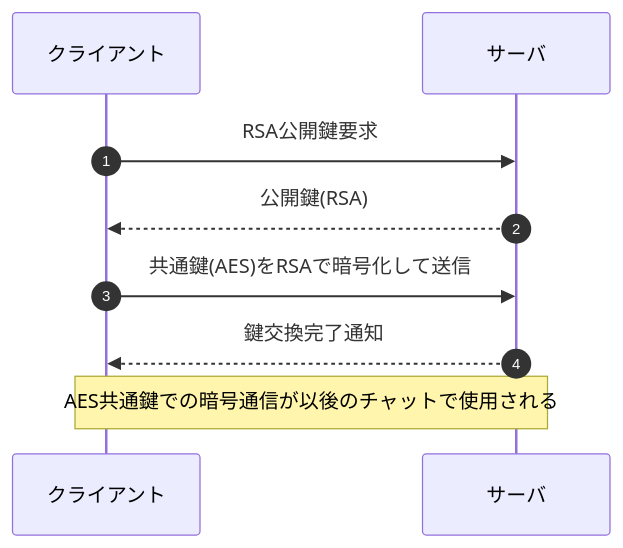
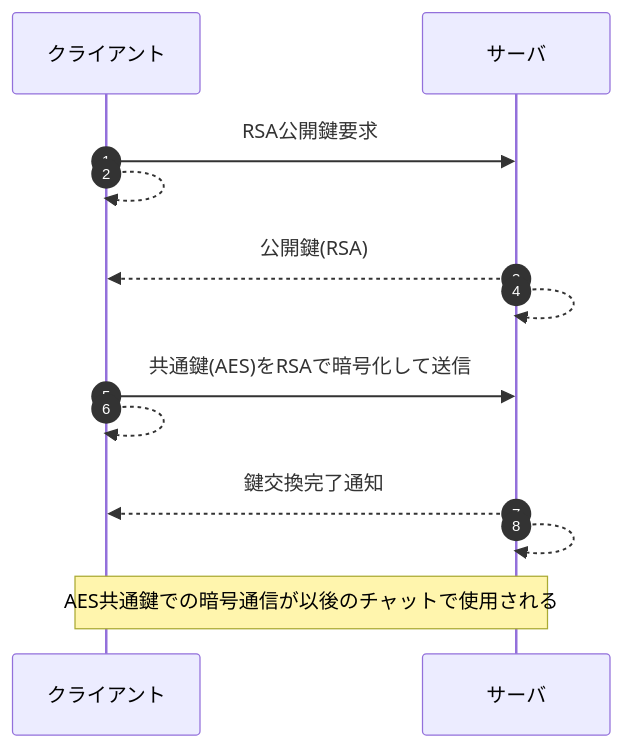
One commit to BackendExplorer/Online-Chat-Service changed the first of 6 diagrams in README.md. Above: the diagram before and after it, drawn with Mermaid.

````diff
--- a/README.md
+++ b/README.md
@@ -1,14 +1,32 @@
 ```mermaid
 sequenceDiagram
     autonumber
     participant Client as クライアント
     participant Server as サーバ
 
+    %% Step 1
     Client ->> Server: RSA公開鍵要求
+
+    %% spacing
+    Client -->> Client: 
+
+    %% Step 2
     Server -->> Client: 公開鍵(RSA)
+
+    %% spacing
+    Server -->> Server:
+
+    %% Step 3
     Client ->> Server: 共通鍵(AES)をRSAで暗号化して送信
+
+    %% spacing
+    Client -->> Client:
+
+    %% Step 4
     Server -->> Client: 鍵交換完了通知
 
+    %% spacing
+    Server -->> Server:
+
     Note over Client,Server: AES共通鍵での暗号通信が以後のチャットで使用される
-
 ```
````
